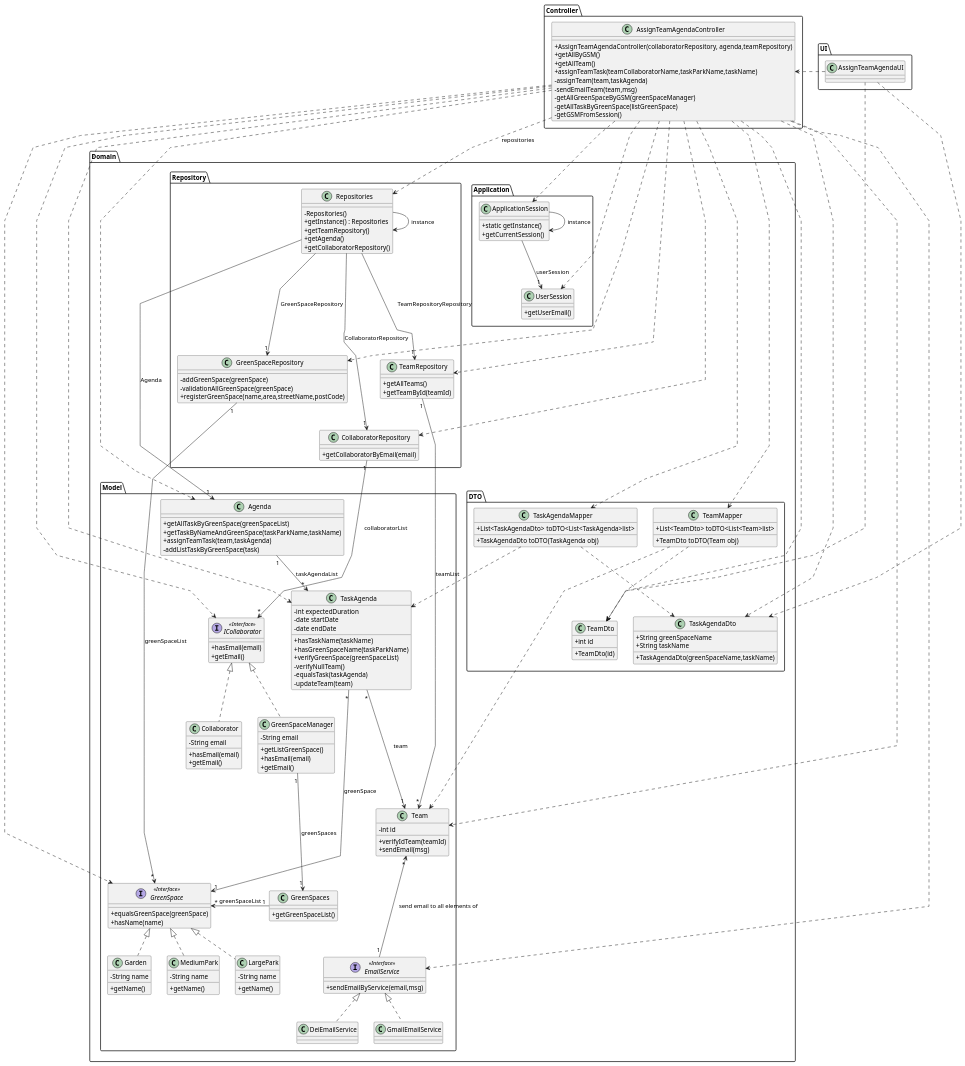
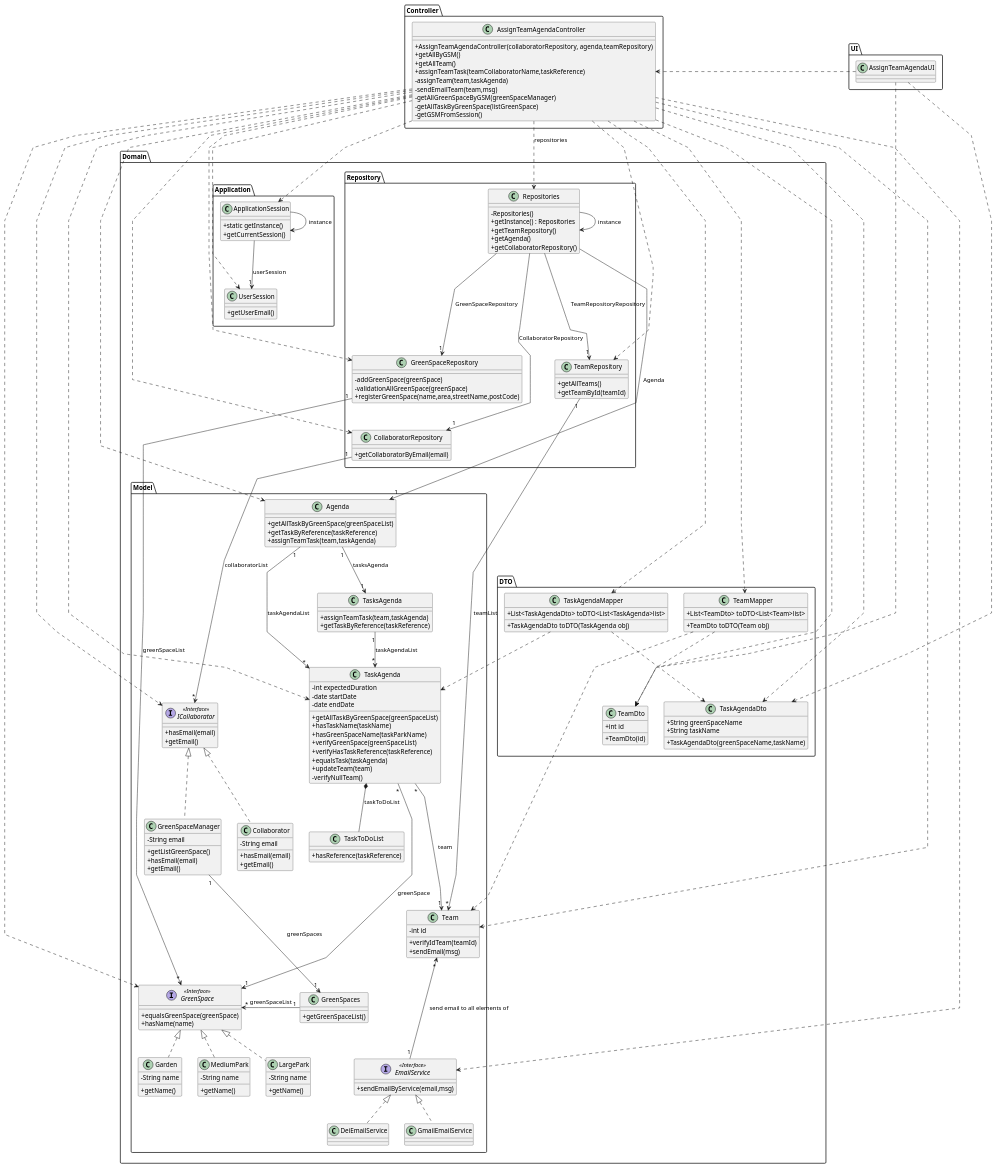
The diagram in docs/sprint3/us23/03.design/puml/us23-class-diagram.puml (Departamento-de-Engenharia-Informatica/lei-24-s2-1db-g022), drawn with PlantUML before and after one commit. The commit also changed 16 other files, not shown here.

```diff
--- a/docs/sprint3/us23/03.design/puml/us23-class-diagram.puml
+++ b/docs/sprint3/us23/03.design/puml/us23-class-diagram.puml
@@ -18,7 +18,7 @@
         + AssignTeamAgendaController(collaboratorRepository, agenda,teamRepository)
         + getAllByGSM()
         + getAllTeam()
-        + assignTeamTask(teamCollaboratorName,taskParkName,taskName)
+        + assignTeamTask(teamCollaboratorName,taskReference)
         - assignTeam(team,taskAgenda)
         - sendEmailTeam(team,msg)
         - getAllGreenSpaceByGSM(greenSpaceManager)
@@ -143,9 +143,8 @@
         class Agenda{
 
             + getAllTaskByGreenSpace(greenSpaceList)
-            + getTaskByNameAndGreenSpace(taskParkName,taskName)
+            + getTaskByReference(taskReference)
             + assignTeamTask(team,taskAgenda)
-            - addListTaskByGreenSpace(task)
         }
 
 
@@ -154,12 +153,24 @@
             - date startDate
             - date endDate
 
+            + getAllTaskByGreenSpace(greenSpaceList)
             + hasTaskName(taskName)
             + hasGreenSpaceName(taskParkName)
             + verifyGreenSpace(greenSpaceList)
+            + verifyHasTaskReference(taskReference)
+            + equalsTask(taskAgenda)
+            + updateTeam(team)
             - verifyNullTeam()
-            - equalsTask(taskAgenda)
-            - updateTeam(team)
+
+        }
+
+        class TasksAgenda{
+            + assignTeamTask(team,taskAgenda)
+            + getTaskByReference(taskReference)
+        }
+
+        class TaskToDoList{
+            + hasReference(taskReference)
         }
 
     }
@@ -191,7 +202,9 @@
         }
     }
 }
-
+TaskAgenda *-- TaskToDoList : taskToDoList
+Agenda "1"-->"1" TasksAgenda : tasksAgenda
+TasksAgenda "1" --> "*" TaskAgenda : taskAgendaList
 TeamMapper ..> TeamDto
 TeamMapper ..> Team
 TaskAgendaMapper ..> TaskAgendaDto
```
